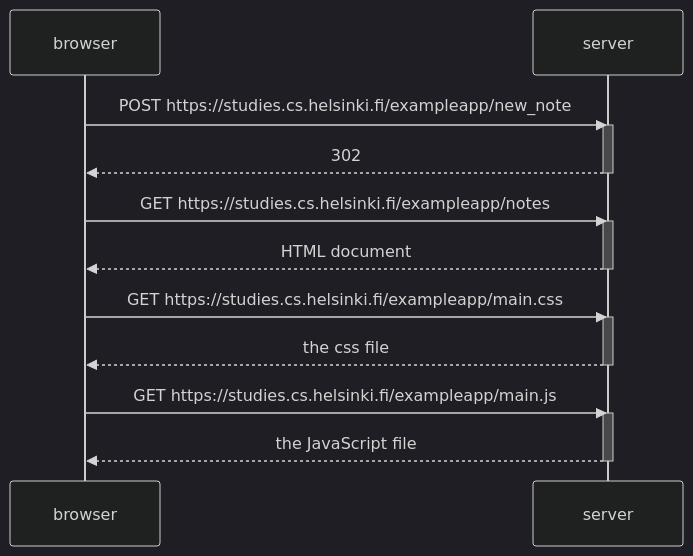
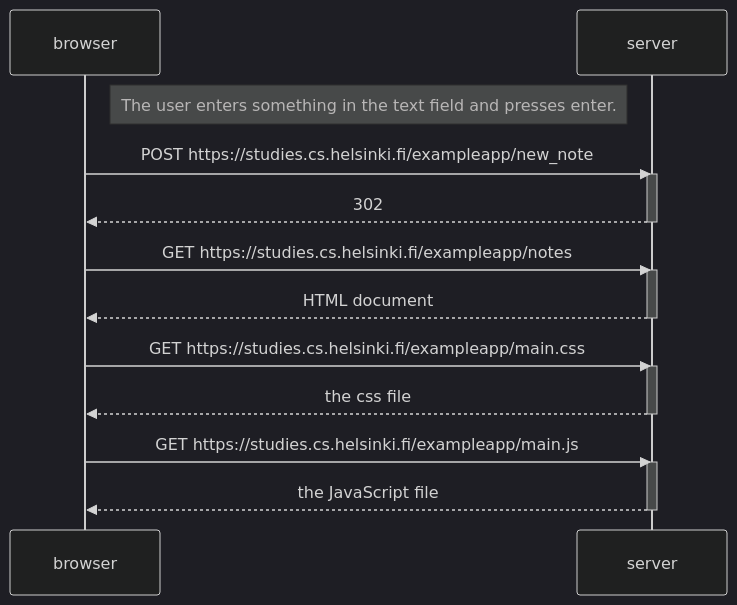
One commit to Ali-767/Full_Stack_Open changed the diagram in Part 0/0.4_New_Note_diagram.md. Above: the diagram before and after it, drawn with Mermaid (dark theme).

````diff
--- a/Part 0/0.4_New_Note_diagram.md
+++ b/Part 0/0.4_New_Note_diagram.md
@@ -1,25 +1,26 @@
 ```mermaid
 sequenceDiagram
     participant browser
     participant server
 
+    Note right of browser: The user enters something in the text field and presses enter.
     browser->>server: POST https://studies.cs.helsinki.fi/exampleapp/new_note
     activate server
     server-->>browser: 302
     deactivate server
 
     browser->>server: GET https://studies.cs.helsinki.fi/exampleapp/notes
     activate server
     server-->>browser: HTML document
     deactivate server
 
     browser->>server: GET https://studies.cs.helsinki.fi/exampleapp/main.css
     activate server
     server-->>browser: the css file
     deactivate server
 
     browser->>server: GET https://studies.cs.helsinki.fi/exampleapp/main.js
     activate server
     server-->>browser: the JavaScript file
     deactivate server
 ```
````
